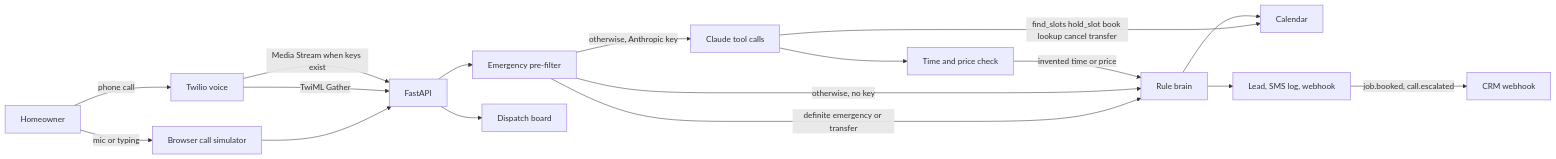
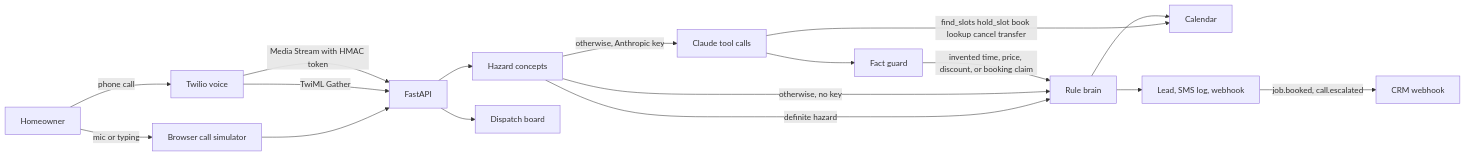
One commit to asadurrehmandev/ai-receptionist-home-services changed the diagram in README.md. Above: the diagram before and after it, drawn with Mermaid. The commit also changed other lines of this file and 40 other files, not shown here.

````diff
--- a/README.md
+++ b/README.md
@@ -30,31 +32,31 @@
 ```mermaid
 flowchart LR
   caller[Homeowner]
   sim[Browser call simulator]
   twilio[Twilio voice]
   api[FastAPI]
-  filter[Emergency pre-filter]
+  hazard[Hazard concepts]
   rules[Rule brain]
   claude[Claude tool calls]
-  check[Time and price check]
+  guard[Fact guard]
   cal[Calendar]
   crm[Lead, SMS log, webhook]
   desk[Dispatch board]
 
   caller -->|mic or typing| sim
   caller -->|phone call| twilio
   sim --> api
   twilio -->|TwiML Gather| api
-  twilio -->|Media Stream when keys exist| api
-  api --> filter
-  filter -->|definite emergency or transfer| rules
-  filter -->|otherwise, no key| rules
-  filter -->|otherwise, Anthropic key| claude
+  twilio -->|Media Stream with HMAC token| api
+  api --> hazard
+  hazard -->|definite hazard| rules
+  hazard -->|otherwise, no key| rules
+  hazard -->|otherwise, Anthropic key| claude
   claude -->|find_slots hold_slot book lookup cancel transfer| cal
-  claude --> check
-  check -->|invented time or price| rules
+  claude --> guard
+  guard -->|invented time, price, discount, or booking claim| rules
   rules --> cal
   rules --> crm
   crm -->|job.booked, call.escalated| hook[CRM webhook]
   api --> desk
 ```
````
